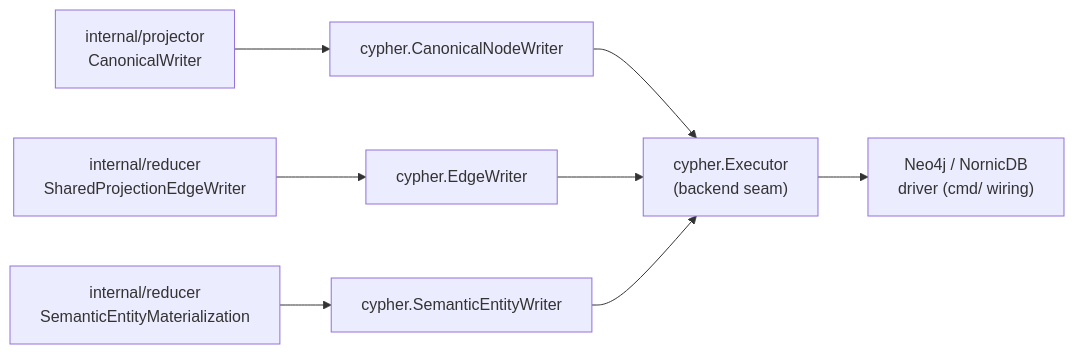
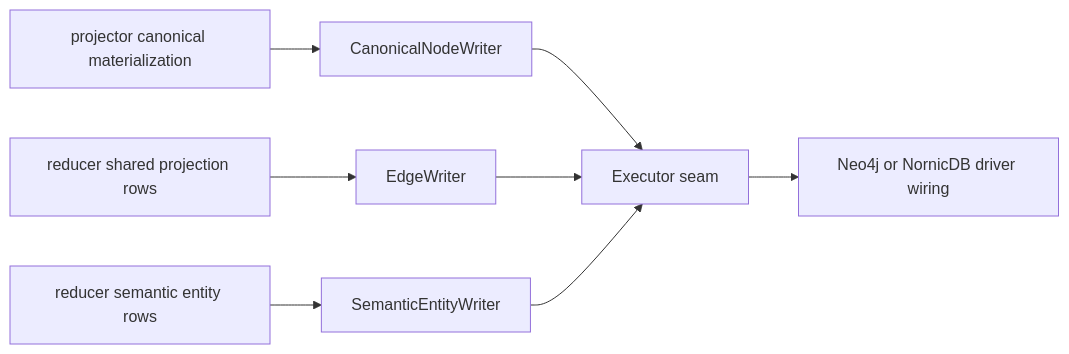
Before and after one commit to eshu-hq/eshu: the diagram in go/internal/storage/cypher/README.md, drawn with Mermaid. The commit also changed other lines of this file and 3 other files, not shown here.

````diff
--- a/go/internal/storage/cypher/README.md
+++ b/go/internal/storage/cypher/README.md
@@ -10,10 +13,10 @@
 ```mermaid
 flowchart LR
-  A["internal/projector\nCanonicalWriter"] --> B["cypher.CanonicalNodeWriter"]
-  C["internal/reducer\nSharedProjectionEdgeWriter"] --> D["cypher.EdgeWriter"]
-  E["internal/reducer\nSemanticEntityMaterialization"] --> F["cypher.SemanticEntityWriter"]
-  B --> G["cypher.Executor\n(backend seam)"]
+  A["projector canonical materialization"] --> B["CanonicalNodeWriter"]
+  C["reducer shared projection rows"] --> D["EdgeWriter"]
+  E["reducer semantic entity rows"] --> F["SemanticEntityWriter"]
+  B --> G["Executor seam"]
   D --> G
   F --> G
-  G --> H["Neo4j / NornicDB\ndriver (cmd/ wiring)"]
+  G --> H["Neo4j or NornicDB driver wiring"]
 ```
````
